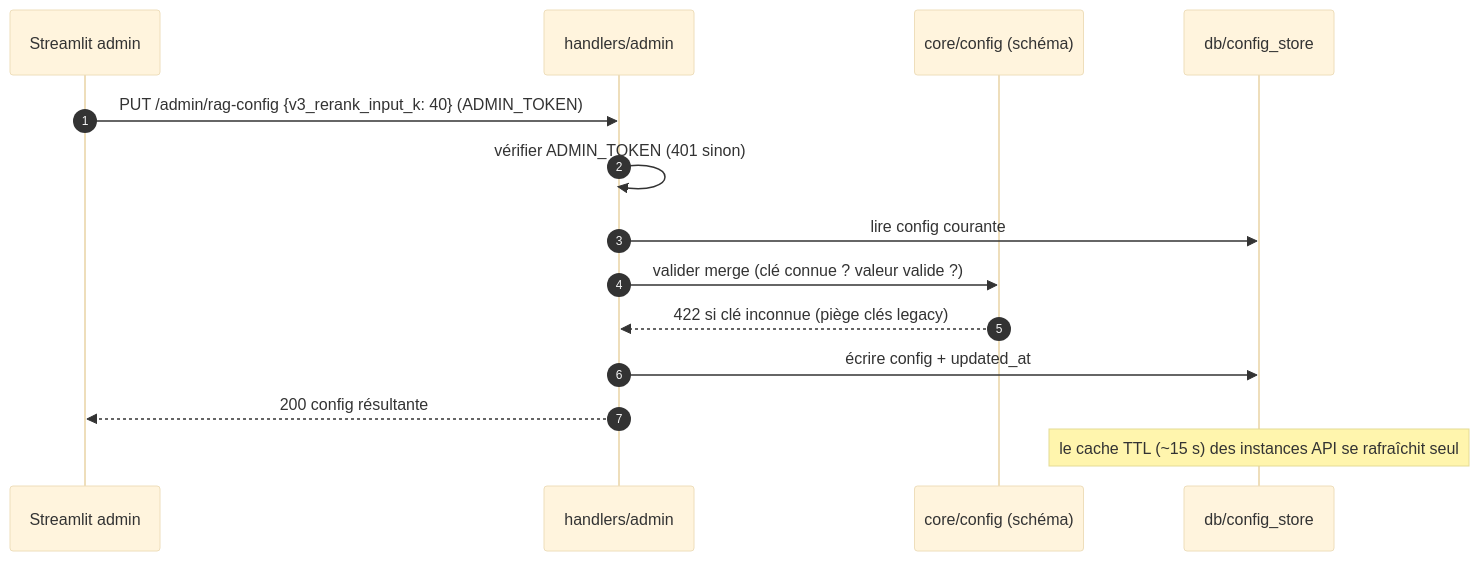
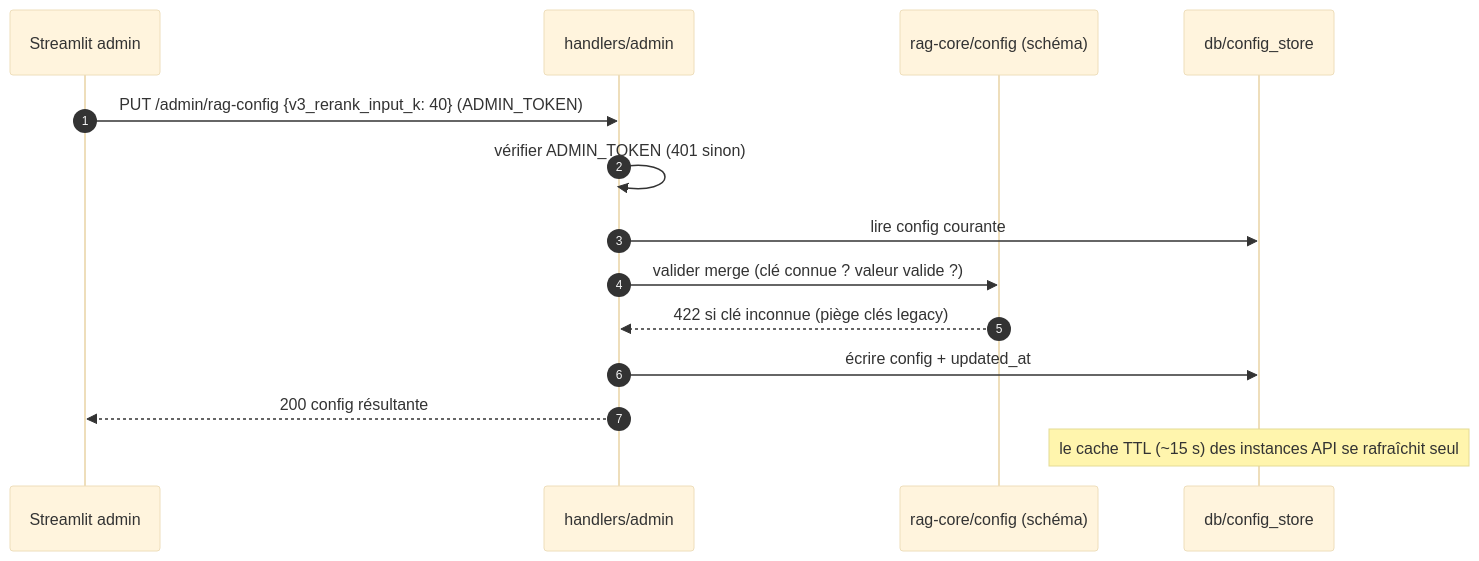
One commit to DGAFP/assistant-rh changed the fourth of 6 diagrams in docs/architecture/hexagonal-split/03-sequence-diagrams.md. Above: the diagram before and after it, drawn with Mermaid (base theme). The commit also changed other lines of this file and 6 other files, not shown here.

````diff
--- a/docs/architecture/hexagonal-split/03-sequence-diagrams.md
+++ b/docs/architecture/hexagonal-split/03-sequence-diagrams.md
@@ -92,17 +98,17 @@
 ```mermaid
 sequenceDiagram
     autonumber
     participant ST as Streamlit admin
     participant H as handlers/admin
-    participant CORE as core/config (schéma)
+    participant CORE as rag-core/config (schéma)
     participant CFG as db/config_store
 
     ST->>H: PUT /admin/rag-config {v3_rerank_input_k: 40} (ADMIN_TOKEN)
     H->>H: vérifier ADMIN_TOKEN (401 sinon)
     H->>CFG: lire config courante
     H->>CORE: valider merge (clé connue ? valeur valide ?)
     CORE-->>H: 422 si clé inconnue (piège clés legacy)
     H->>CFG: écrire config + updated_at
     H-->>ST: 200 config résultante
     Note over CFG: le cache TTL (~15 s) des instances API se rafraîchit seul
 ```
````
